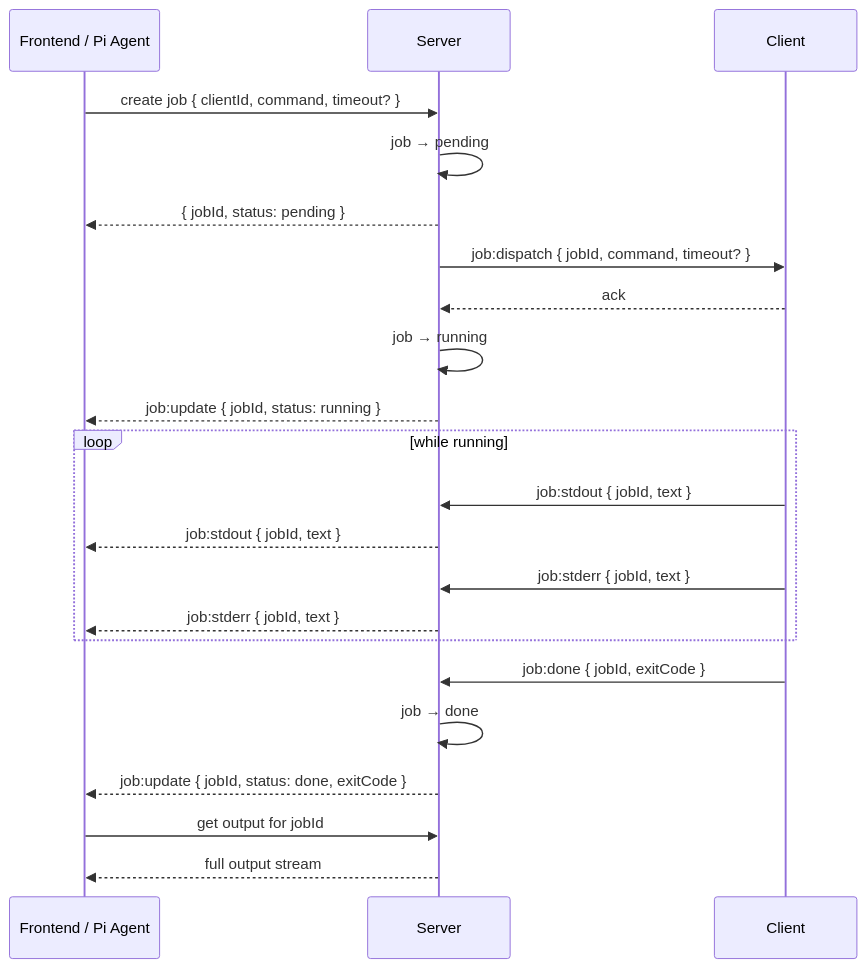
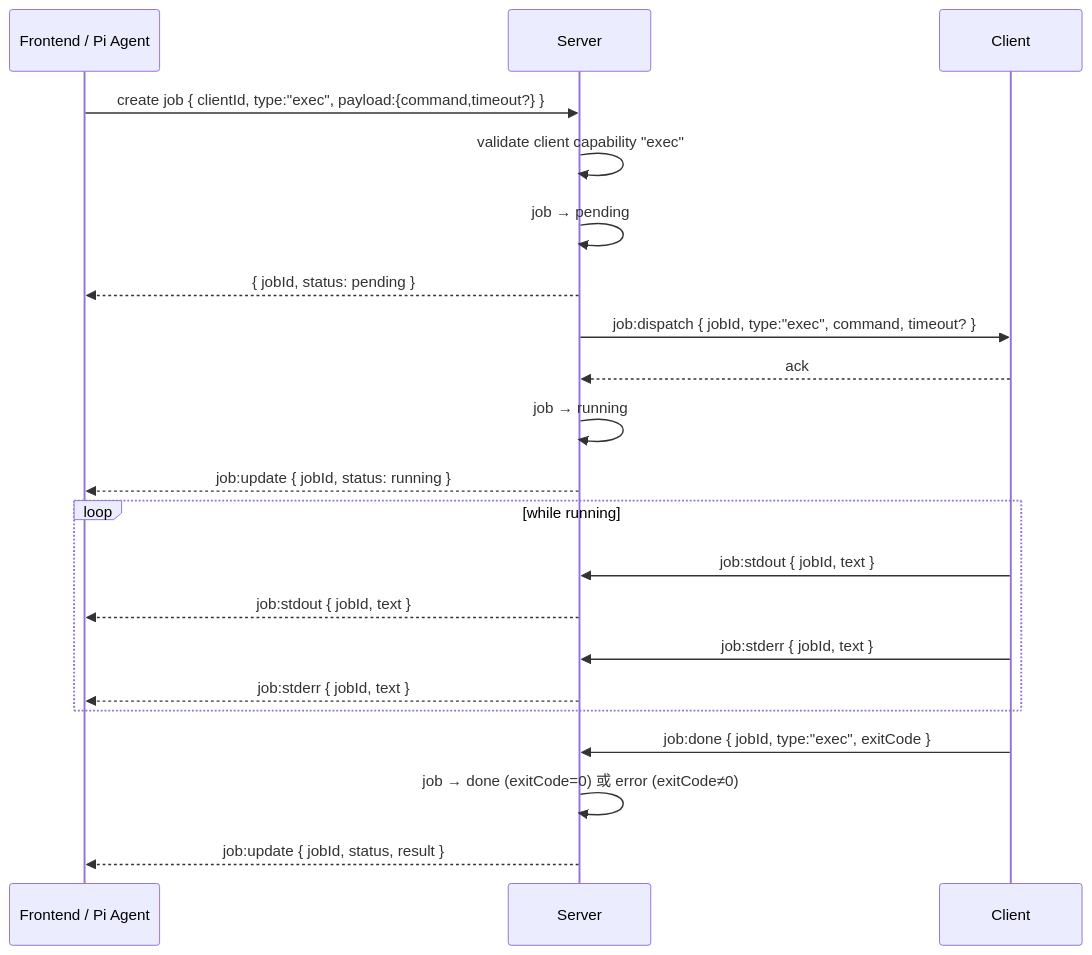
One commit to xuzhen97/VCPDeck changed the fourth of 10 diagrams in docs/server-client-interaction-design.md. Above: the diagram before and after it, drawn with Mermaid. The commit also changed other lines of this file and 1 other file, not shown here.

Commit message:
docs: Typed Job 内核架构设计 spec + 交互模型同步更新

````diff
--- a/docs/server-client-interaction-design.md
+++ b/docs/server-client-interaction-design.md
@@ -169,30 +344,28 @@
 ```mermaid
 sequenceDiagram
     participant FE as Frontend / Pi Agent
     participant S as Server
     participant C as Client
 
-    FE->>S: create job { clientId, command, timeout? }
+    FE->>S: create job { clientId, type:"exec", payload:{command,timeout?} }
+    S->>S: validate client capability "exec"
     S->>S: job → pending
     S-->>FE: { jobId, status: pending }
 
-    S->>C: job:dispatch { jobId, command, timeout? }
+    S->>C: job:dispatch { jobId, type:"exec", command, timeout? }
     C-->>S: ack
 
     S->>S: job → running
     S-->>FE: job:update { jobId, status: running }
 
     loop while running
         C->>S: job:stdout { jobId, text }
         S-->>FE: job:stdout { jobId, text }
         C->>S: job:stderr { jobId, text }
         S-->>FE: job:stderr { jobId, text }
     end
 
-    C->>S: job:done { jobId, exitCode }
-    S->>S: job → done
-    S-->>FE: job:update { jobId, status: done, exitCode }
-
-    FE->>S: get output for jobId
-    S-->>FE: full output stream
+    C->>S: job:done { jobId, type:"exec", exitCode }
+    S->>S: job → done (exitCode=0) 或 error (exitCode≠0)
+    S-->>FE: job:update { jobId, status, result }
 ```
````
